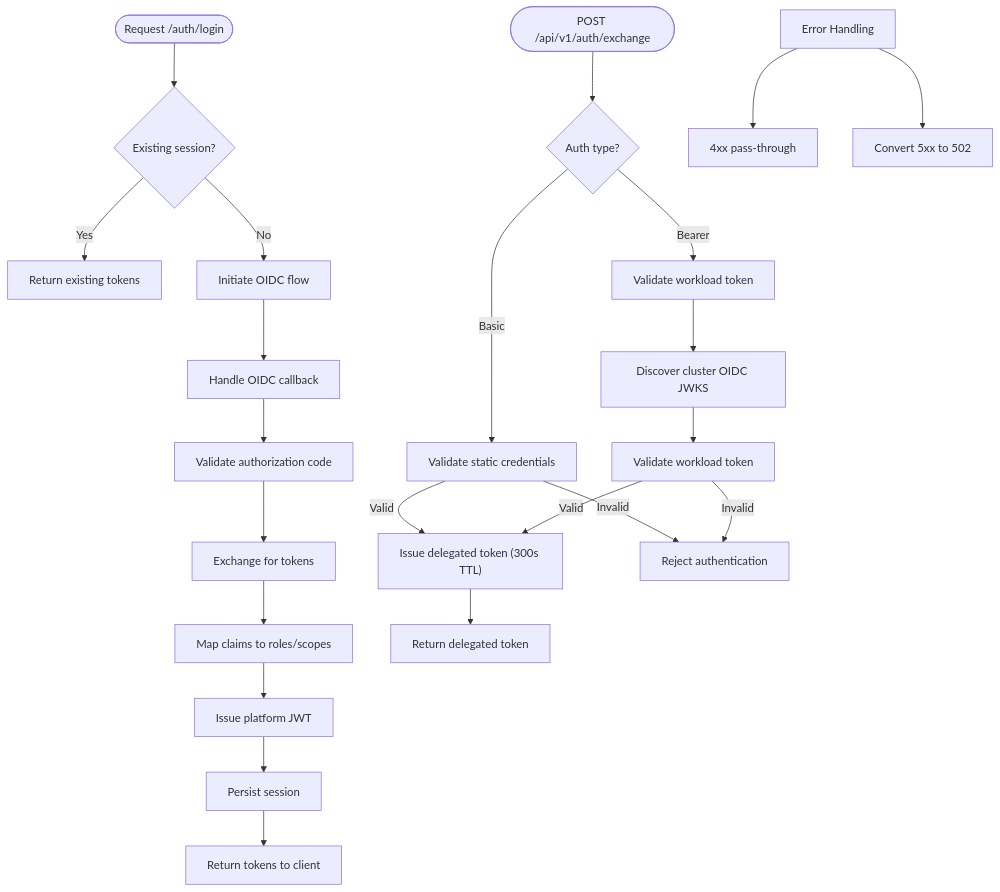
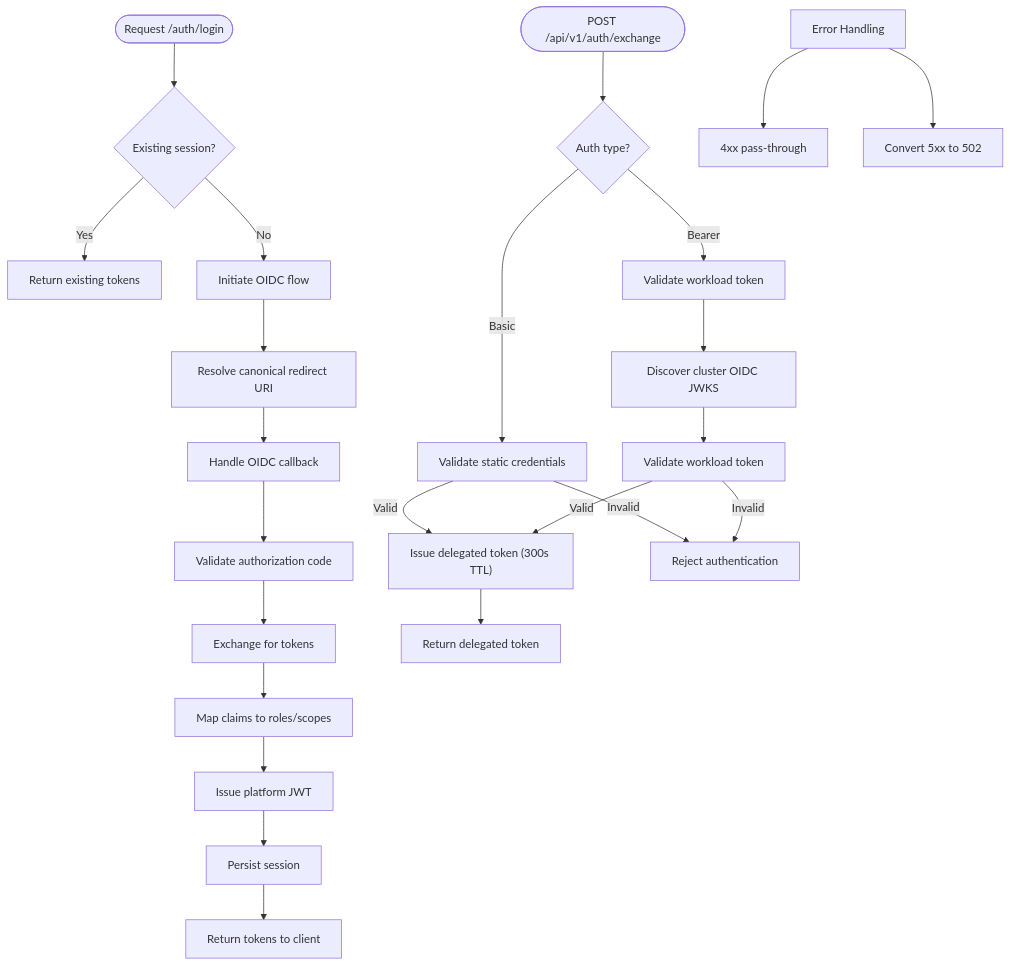
Before and after one commit to metasync/luban-aiops: the third of 10 diagrams in .qoder/repowiki/en/content/Identity Broker Service/Identity Broker Service.md, drawn with Mermaid. The commit also changed other lines of this file and 21 other files, not shown here.

````diff
--- a/.qoder/repowiki/en/content/Identity Broker Service/Identity Broker Service.md
+++ b/.qoder/repowiki/en/content/Identity Broker Service/Identity Broker Service.md
@@ -245,25 +245,26 @@
 ```mermaid
 flowchart TD
 Start(["Request /auth/login"]) --> CheckSession{"Existing session?"}
 CheckSession --> |Yes| ReturnToken["Return existing tokens"]
 CheckSession --> |No| InitOIDC["Initiate OIDC flow"]
-InitOIDC --> Callback["Handle OIDC callback"]
+InitOIDC --> ResolveRedirect["Resolve canonical redirect URI"]
+ResolveRedirect --> Callback["Handle OIDC callback"]
 Callback --> ValidateCode["Validate authorization code"]
 ValidateCode --> ExchangeTokens["Exchange for tokens"]
 ExchangeTokens --> MapClaims["Map claims to roles/scopes"]
 MapClaims --> IssueJWT["Issue platform JWT"]
 IssueJWT --> PersistSession["Persist session"]
 PersistSession --> ReturnTokens["Return tokens to client"]
 ServiceAuth(["POST /api/v1/auth/exchange"]) --> CheckAuthType{"Auth type?"}
 CheckAuthType --> |Basic| ValidateStatic["Validate static credentials"]
 CheckAuthType --> |Bearer| ValidateWorkload["Validate workload token"]
 ValidateStatic --> |Valid| IssueDelegated["Issue delegated token (300s TTL)"]
 ValidateStatic --> |Invalid| Reject["Reject authentication"]
 ValidateWorkload --> DiscoverJWKS["Discover cluster OIDC JWKS"]
 DiscoverJWKS --> ValidateToken["Validate workload token"]
 ValidateToken --> |Valid| IssueDelegated
 ValidateToken --> |Invalid| Reject
 IssueDelegated --> ReturnDelegated["Return delegated token"]
 ErrorHandling["Error Handling"] --> PassThrough["4xx pass-through"]
 ErrorHandling --> Convert5xx["Convert 5xx to 502"]
 ```
````
